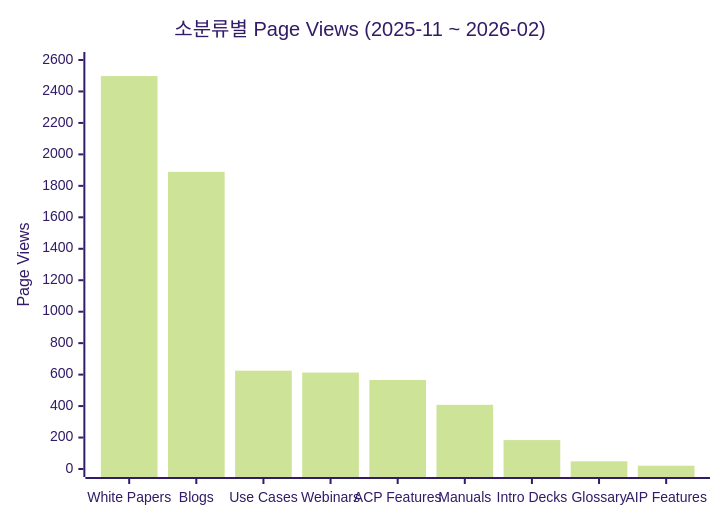
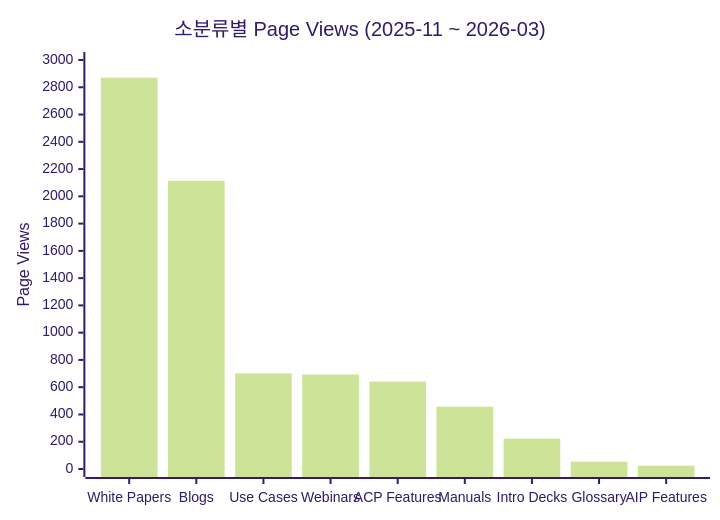
The second of 3 diagrams in reports/2026-03-31-homepage-content-pv-report.md (jk-kim0/skills-jk), drawn with Mermaid (forest theme) before and after one commit. The commit also changed other lines of this file and 1 other file, not shown here.

````diff
--- a/reports/2026-03-31-homepage-content-pv-report.md
+++ b/reports/2026-03-31-homepage-content-pv-report.md
@@ -36,7 +36,7 @@
 ```mermaid
 xychart-beta
-    title "소분류별 Page Views (2025-11 ~ 2026-02)"
+    title "소분류별 Page Views (2025-11 ~ 2026-03)"
     x-axis ["White Papers", "Blogs", "Use Cases", "Webinars", "ACP Features", "Manuals", "Intro Decks", "Glossary", "AIP Features"]
-    y-axis "Page Views" 0 --> 2600
-    bar [2498, 1889, 625, 613, 566, 408, 184, 49, 21]
+    y-axis "Page Views" 0 --> 3000
+    bar [2870, 2114, 701, 693, 641, 457, 223, 54, 24]
 ```
````
